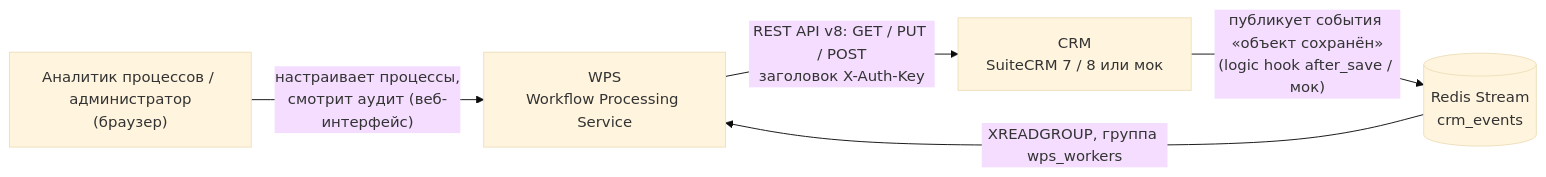
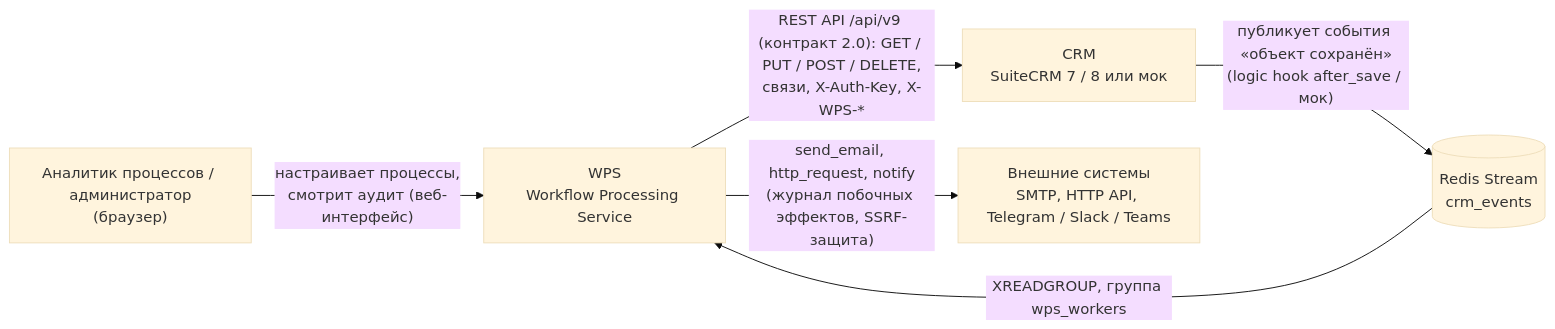
Before and after one commit to madarch-labs/Workflow-Processing-Service: the first of 2 diagrams in doc/ru/05-architecture/overview.md, drawn with Mermaid (base theme). The commit also changed other lines of this file and 470 other files, not shown here.

````diff
--- a/doc/ru/05-architecture/overview.md
+++ b/doc/ru/05-architecture/overview.md
@@ -11,12 +11,14 @@
 ```mermaid
 flowchart LR
     analyst["Аналитик процессов / администратор<br/>(браузер)"]
     crm["CRM<br/>SuiteCRM 7 / 8 или мок"]
     bus[("Redis Stream<br/>crm_events")]
     wps["WPS<br/>Workflow Processing Service"]
 
     crm -- "публикует события «объект сохранён»<br/>(logic hook after_save / мок)" --> bus
     bus -- "XREADGROUP, группа wps_workers" --> wps
-    wps -- "REST API v8: GET / PUT / POST<br/>заголовок X-Auth-Key" --> crm
+    wps -- "REST API /api/v9 (контракт 2.0): GET / PUT / POST / DELETE,<br/>связи, X-Auth-Key, X-WPS-*" --> crm
+    ext["Внешние системы<br/>SMTP, HTTP API, Telegram / Slack / Teams"]
+    wps -- "send_email, http_request, notify<br/>(журнал побочных эффектов, SSRF-защита)" --> ext
     analyst -- "настраивает процессы,<br/>смотрит аудит (веб-интерфейс)" --> wps
 ```
````
